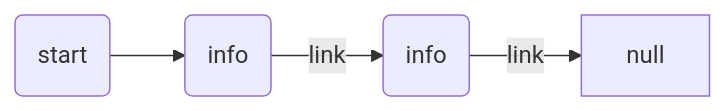
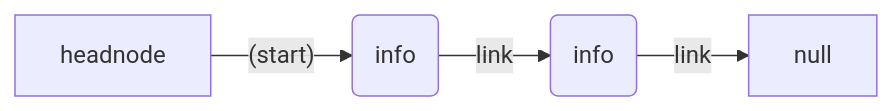
Before and after one commit to Jeffrey-S-Smith/trainLinkList-: the second of 2 diagrams in README.md, drawn with Mermaid.

Commit message:
updated train link list

````diff
--- a/README.md
+++ b/README.md
@@ -21,5 +21,5 @@
 ```mermaid
 graph LR
- headnode(start) --> A(info)--> |link| B(info)
+ headnode -- (start) --> A(info)--> |link| B(info)
 B--> |link| C[null]
 ```
````
